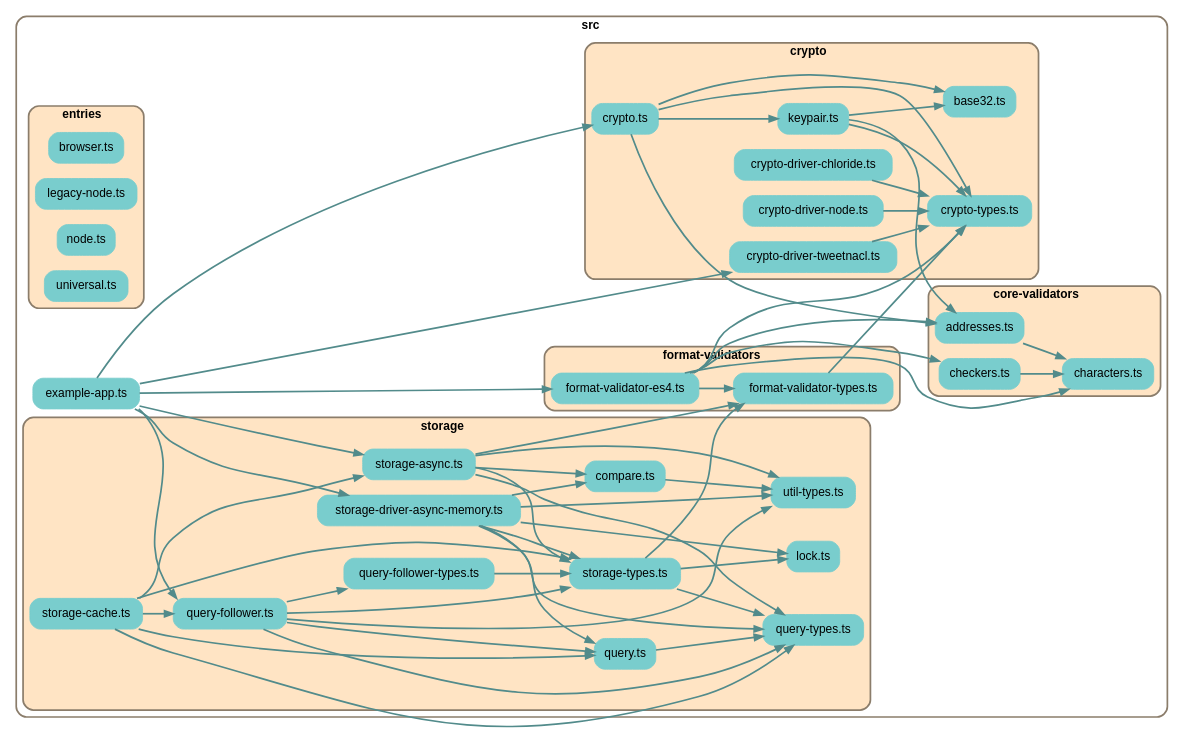
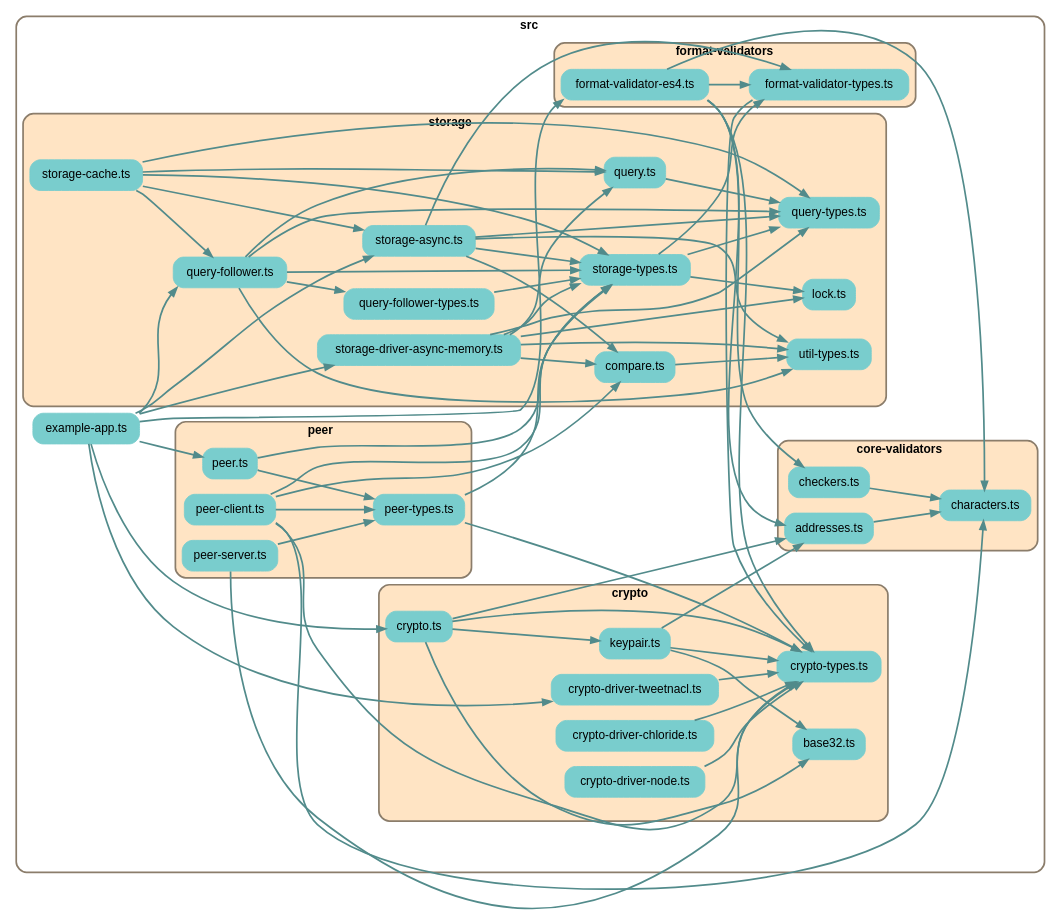
One commit to earthstar-project/earthstar changed the diagram in depchart/depchart-main.dot. Above: the diagram before and after it, drawn with Graphviz. The commit also changed 9 other files, not shown here.

```diff
--- a/depchart/depchart-main.dot
+++ b/depchart/depchart-main.dot
@@ -1,149 +1,161 @@
 
 digraph G {
     //splines=line;
     //splines=polyline;
     splines=true;
     rankdir=LR;
     //newrank=true;
     compound=true;
     graph [fontname = "helvetica"];  // dpi=72
     node [fontname = "helvetica"];
     edge [fontname = "helvetica"];
     
     // files in their folder clusters
 
-    subgraph cluster9857871135 {
+    subgraph cluster8243615961 {
         label=<<b>src</b>>;
         style="rounded";
         color=bisque4;
         penwidth=2;
                     
         "src/example-app.ts" [label="example-app.ts", shape=rectangle; style="rounded,filled"; color=darkslategray3];
 
-        subgraph cluster3663619958 {
+        subgraph cluster8881653395 {
             label=<<b>core-validators</b>>;
             style="rounded,filled";
             fillcolor=bisque;
             color=bisque4;
             penwidth=2;
                     
             "src/core-validators/addresses.ts" [label="addresses.ts", shape=rectangle; style="rounded,filled"; color=darkslategray3];
             "src/core-validators/characters.ts" [label="characters.ts", shape=rectangle; style="rounded,filled"; color=darkslategray3];
             "src/core-validators/checkers.ts" [label="checkers.ts", shape=rectangle; style="rounded,filled"; color=darkslategray3];
         }
 
-        subgraph cluster4620504191 {
+        subgraph cluster1987860215 {
             label=<<b>crypto</b>>;
             style="rounded,filled";
             fillcolor=bisque;
             color=bisque4;
             penwidth=2;
                     
             "src/crypto/base32.ts" [label="base32.ts", shape=rectangle; style="rounded,filled"; color=darkslategray3];
             "src/crypto/crypto-driver-chloride.ts" [label="crypto-driver-chloride.ts", shape=rectangle; style="rounded,filled"; color=darkslategray3];
             "src/crypto/crypto-driver-node.ts" [label="crypto-driver-node.ts", shape=rectangle; style="rounded,filled"; color=darkslategray3];
             "src/crypto/crypto-driver-tweetnacl.ts" [label="crypto-driver-tweetnacl.ts", shape=rectangle; style="rounded,filled"; color=darkslategray3];
             "src/crypto/crypto-types.ts" [label="crypto-types.ts", shape=rectangle; style="rounded,filled"; color=darkslategray3];
             "src/crypto/crypto.ts" [label="crypto.ts", shape=rectangle; style="rounded,filled"; color=darkslategray3];
             "src/crypto/keypair.ts" [label="keypair.ts", shape=rectangle; style="rounded,filled"; color=darkslategray3];
         }
 
-        subgraph cluster1122718114 {
-            label=<<b>entries</b>>;
-            style="rounded,filled";
-            fillcolor=bisque;
-            color=bisque4;
-            penwidth=2;
-                    
-            "src/entries/browser.ts" [label="browser.ts", shape=rectangle; style="rounded,filled"; color=darkslategray3];
-            "src/entries/legacy-node.ts" [label="legacy-node.ts", shape=rectangle; style="rounded,filled"; color=darkslategray3];
-            "src/entries/node.ts" [label="node.ts", shape=rectangle; style="rounded,filled"; color=darkslategray3];
-            "src/entries/universal.ts" [label="universal.ts", shape=rectangle; style="rounded,filled"; color=darkslategray3];
-        }
-
-        subgraph cluster1404075962 {
+        subgraph cluster5368329699 {
             label=<<b>format-validators</b>>;
             style="rounded,filled";
             fillcolor=bisque;
             color=bisque4;
             penwidth=2;
                     
             "src/format-validators/format-validator-es4.ts" [label="format-validator-es4.ts", shape=rectangle; style="rounded,filled"; color=darkslategray3];
             "src/format-validators/format-validator-types.ts" [label="format-validator-types.ts", shape=rectangle; style="rounded,filled"; color=darkslategray3];
         }
 
-        subgraph cluster9881695227 {
+        subgraph cluster4535215867 {
+            label=<<b>peer</b>>;
+            style="rounded,filled";
+            fillcolor=bisque;
+            color=bisque4;
+            penwidth=2;
+                    
+            "src/peer/peer-client.ts" [label="peer-client.ts", shape=rectangle; style="rounded,filled"; color=darkslategray3];
+            "src/peer/peer-server.ts" [label="peer-server.ts", shape=rectangle; style="rounded,filled"; color=darkslategray3];
+            "src/peer/peer-types.ts" [label="peer-types.ts", shape=rectangle; style="rounded,filled"; color=darkslategray3];
+            "src/peer/peer.ts" [label="peer.ts", shape=rectangle; style="rounded,filled"; color=darkslategray3];
+        }
+
+        subgraph cluster3630519665 {
             label=<<b>storage</b>>;
             style="rounded,filled";
             fillcolor=bisque;
             color=bisque4;
             penwidth=2;
                     
             "src/storage/compare.ts" [label="compare.ts", shape=rectangle; style="rounded,filled"; color=darkslategray3];
             "src/storage/lock.ts" [label="lock.ts", shape=rectangle; style="rounded,filled"; color=darkslategray3];
             "src/storage/query-follower-types.ts" [label="query-follower-types.ts", shape=rectangle; style="rounded,filled"; color=darkslategray3];
             "src/storage/query-follower.ts" [label="query-follower.ts", shape=rectangle; style="rounded,filled"; color=darkslategray3];
             "src/storage/query-types.ts" [label="query-types.ts", shape=rectangle; style="rounded,filled"; color=darkslategray3];
             "src/storage/query.ts" [label="query.ts", shape=rectangle; style="rounded,filled"; color=darkslategray3];
             "src/storage/storage-async.ts" [label="storage-async.ts", shape=rectangle; style="rounded,filled"; color=darkslategray3];
             "src/storage/storage-cache.ts" [label="storage-cache.ts", shape=rectangle; style="rounded,filled"; color=darkslategray3];
             "src/storage/storage-driver-async-memory.ts" [label="storage-driver-async-memory.ts", shape=rectangle; style="rounded,filled"; color=darkslategray3];
             "src/storage/storage-types.ts" [label="storage-types.ts", shape=rectangle; style="rounded,filled"; color=darkslategray3];
             "src/storage/util-types.ts" [label="util-types.ts", shape=rectangle; style="rounded,filled"; color=darkslategray3];
         }
     }
 
     // edges between files
     "src/core-validators/addresses.ts" -> "src/core-validators/characters.ts" [penwidth=2; color=darkslategray4];
     "src/core-validators/checkers.ts" -> "src/core-validators/characters.ts" [penwidth=2; color=darkslategray4];
     "src/crypto/crypto-driver-chloride.ts" -> "src/crypto/crypto-types.ts" [penwidth=2; color=darkslategray4];
     "src/crypto/crypto-driver-node.ts" -> "src/crypto/crypto-types.ts" [penwidth=2; color=darkslategray4];
     "src/crypto/crypto-driver-tweetnacl.ts" -> "src/crypto/crypto-types.ts" [penwidth=2; color=darkslategray4];
     "src/crypto/crypto.ts" -> "src/crypto/crypto-types.ts" [penwidth=2; color=darkslategray4];
     "src/crypto/crypto.ts" -> "src/crypto/base32.ts" [penwidth=2; color=darkslategray4];
     "src/crypto/crypto.ts" -> "src/crypto/keypair.ts" [penwidth=2; color=darkslategray4];
     "src/crypto/crypto.ts" -> "src/core-validators/addresses.ts" [penwidth=2; color=darkslategray4];
     "src/crypto/keypair.ts" -> "src/crypto/base32.ts" [penwidth=2; color=darkslategray4];
     "src/crypto/keypair.ts" -> "src/crypto/crypto-types.ts" [penwidth=2; color=darkslategray4];
     "src/crypto/keypair.ts" -> "src/core-validators/addresses.ts" [penwidth=2; color=darkslategray4];
     "src/example-app.ts" -> "src/format-validators/format-validator-es4.ts" [penwidth=2; color=darkslategray4];
     "src/example-app.ts" -> "src/storage/storage-driver-async-memory.ts" [penwidth=2; color=darkslategray4];
     "src/example-app.ts" -> "src/storage/storage-async.ts" [penwidth=2; color=darkslategray4];
     "src/example-app.ts" -> "src/crypto/crypto.ts" [penwidth=2; color=darkslategray4];
     "src/example-app.ts" -> "src/crypto/crypto-driver-tweetnacl.ts" [penwidth=2; color=darkslategray4];
     "src/example-app.ts" -> "src/storage/query-follower.ts" [penwidth=2; color=darkslategray4];
+    "src/example-app.ts" -> "src/peer/peer.ts" [penwidth=2; color=darkslategray4];
     "src/format-validators/format-validator-es4.ts" -> "src/format-validators/format-validator-types.ts" [penwidth=2; color=darkslategray4];
     "src/format-validators/format-validator-es4.ts" -> "src/crypto/crypto-types.ts" [penwidth=2; color=darkslategray4];
     "src/format-validators/format-validator-es4.ts" -> "src/core-validators/characters.ts" [penwidth=2; color=darkslategray4];
     "src/format-validators/format-validator-es4.ts" -> "src/core-validators/checkers.ts" [penwidth=2; color=darkslategray4];
     "src/format-validators/format-validator-es4.ts" -> "src/core-validators/addresses.ts" [penwidth=2; color=darkslategray4];
     "src/format-validators/format-validator-types.ts" -> "src/crypto/crypto-types.ts" [penwidth=2; color=darkslategray4];
+    "src/peer/peer-client.ts" -> "src/crypto/crypto-types.ts" [penwidth=2; color=darkslategray4];
+    "src/peer/peer-client.ts" -> "src/storage/storage-types.ts" [penwidth=2; color=darkslategray4];
+    "src/peer/peer-client.ts" -> "src/peer/peer-types.ts" [penwidth=2; color=darkslategray4];
+    "src/peer/peer-client.ts" -> "src/storage/compare.ts" [penwidth=2; color=darkslategray4];
+    "src/peer/peer-client.ts" -> "src/core-validators/characters.ts" [penwidth=2; color=darkslategray4];
+    "src/peer/peer-server.ts" -> "src/crypto/crypto-types.ts" [penwidth=2; color=darkslategray4];
+    "src/peer/peer-server.ts" -> "src/peer/peer-types.ts" [penwidth=2; color=darkslategray4];
+    "src/peer/peer-types.ts" -> "src/storage/storage-types.ts" [penwidth=2; color=darkslategray4];
+    "src/peer/peer-types.ts" -> "src/crypto/crypto-types.ts" [penwidth=2; color=darkslategray4];
+    "src/peer/peer.ts" -> "src/storage/storage-types.ts" [penwidth=2; color=darkslategray4];
+    "src/peer/peer.ts" -> "src/peer/peer-types.ts" [penwidth=2; color=darkslategray4];
     "src/storage/compare.ts" -> "src/storage/util-types.ts" [penwidth=2; color=darkslategray4];
     "src/storage/query-follower-types.ts" -> "src/storage/storage-types.ts" [penwidth=2; color=darkslategray4];
     "src/storage/query-follower.ts" -> "src/storage/util-types.ts" [penwidth=2; color=darkslategray4];
     "src/storage/query-follower.ts" -> "src/storage/query-types.ts" [penwidth=2; color=darkslategray4];
     "src/storage/query-follower.ts" -> "src/storage/storage-types.ts" [penwidth=2; color=darkslategray4];
     "src/storage/query-follower.ts" -> "src/storage/query.ts" [penwidth=2; color=darkslategray4];
     "src/storage/query-follower.ts" -> "src/storage/query-follower-types.ts" [penwidth=2; color=darkslategray4];
     "src/storage/query.ts" -> "src/storage/query-types.ts" [penwidth=2; color=darkslategray4];
     "src/storage/storage-async.ts" -> "src/storage/util-types.ts" [penwidth=2; color=darkslategray4];
     "src/storage/storage-async.ts" -> "src/storage/query-types.ts" [penwidth=2; color=darkslategray4];
     "src/storage/storage-async.ts" -> "src/storage/storage-types.ts" [penwidth=2; color=darkslategray4];
     "src/storage/storage-async.ts" -> "src/format-validators/format-validator-types.ts" [penwidth=2; color=darkslategray4];
     "src/storage/storage-async.ts" -> "src/storage/compare.ts" [penwidth=2; color=darkslategray4];
     "src/storage/storage-cache.ts" -> "src/storage/query.ts" [penwidth=2; color=darkslategray4];
     "src/storage/storage-cache.ts" -> "src/storage/query-follower.ts" [penwidth=2; color=darkslategray4];
     "src/storage/storage-cache.ts" -> "src/storage/query-types.ts" [penwidth=2; color=darkslategray4];
     "src/storage/storage-cache.ts" -> "src/storage/storage-async.ts" [penwidth=2; color=darkslategray4];
     "src/storage/storage-cache.ts" -> "src/storage/storage-types.ts" [penwidth=2; color=darkslategray4];
     "src/storage/storage-driver-async-memory.ts" -> "src/storage/util-types.ts" [penwidth=2; color=darkslategray4];
     "src/storage/storage-driver-async-memory.ts" -> "src/storage/query-types.ts" [penwidth=2; color=darkslategray4];
     "src/storage/storage-driver-async-memory.ts" -> "src/storage/storage-types.ts" [penwidth=2; color=darkslategray4];
     "src/storage/storage-driver-async-memory.ts" -> "src/storage/compare.ts" [penwidth=2; color=darkslategray4];
     "src/storage/storage-driver-async-memory.ts" -> "src/storage/query.ts" [penwidth=2; color=darkslategray4];
     "src/storage/storage-driver-async-memory.ts" -> "src/storage/lock.ts" [penwidth=2; color=darkslategray4];
     "src/storage/storage-types.ts" -> "src/storage/query-types.ts" [penwidth=2; color=darkslategray4];
     "src/storage/storage-types.ts" -> "src/format-validators/format-validator-types.ts" [penwidth=2; color=darkslategray4];
     "src/storage/storage-types.ts" -> "src/storage/lock.ts" [penwidth=2; color=darkslategray4];
 
 }
```
